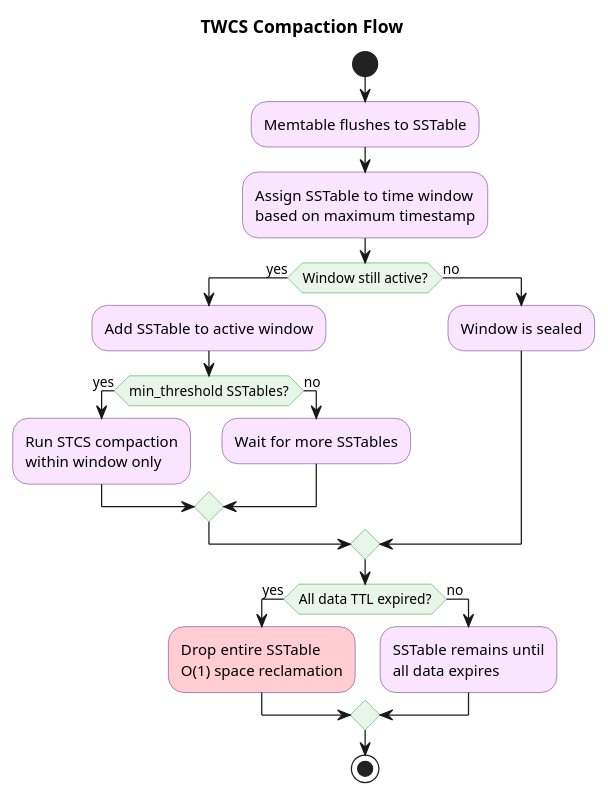
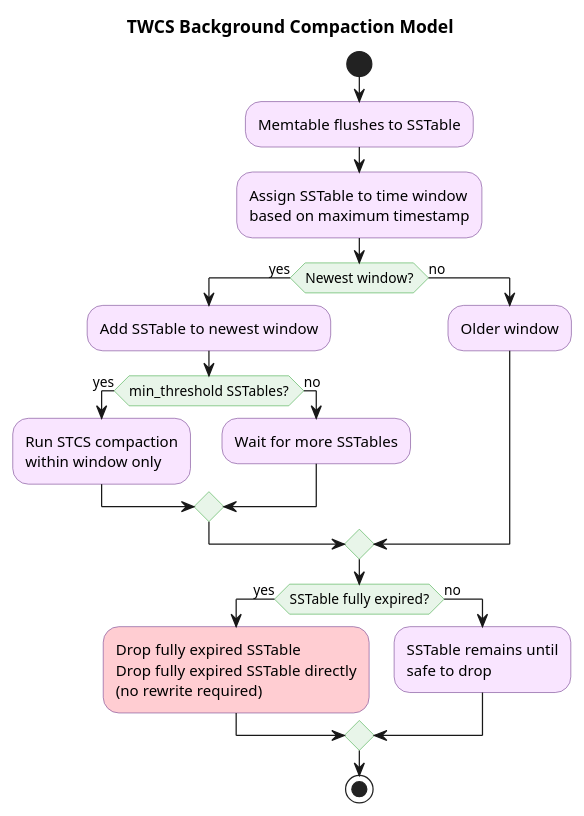
Before and after one commit to axonops/documentation: the third of 8 diagrams in docs/data-platforms/cassandra/architecture/storage-engine/compaction/twcs.md, drawn with PlantUML. The commit also changed other lines of this file and 3 other files, not shown here.

First line of the commit message:
Source-validate compaction strategy docs (UCS, TWCS, LCS, STCS)

````diff
--- a/docs/data-platforms/cassandra/architecture/storage-engine/compaction/twcs.md
+++ b/docs/data-platforms/cassandra/architecture/storage-engine/compaction/twcs.md
@@ -339,40 +337,41 @@
 ```plantuml
 @startuml
-skinparam backgroundColor transparent
-title TWCS Compaction Flow
+skinparam backgroundColor white
+title TWCS Background Compaction Model
 
 skinparam ActivityBackgroundColor #F9E5FF
 skinparam ActivityBorderColor #7B4B96
 skinparam ActivityDiamondBackgroundColor #E8F5E9
 skinparam ActivityDiamondBorderColor #4CAF50
 
 start
 
 :Memtable flushes to SSTable;
 
 :Assign SSTable to time window
 based on maximum timestamp;
 
-if (Window still active?) then (yes)
-    :Add SSTable to active window;
+if (Newest window?) then (yes)
+    :Add SSTable to newest window;
     if (min_threshold SSTables?) then (yes)
         :Run STCS compaction
         within window only;
     else (no)
         :Wait for more SSTables;
     endif
 else (no)
-    :Window is sealed;
+    :Older window;
 endif
 
-if (All data TTL expired?) then (yes)
-    #FFCDD2:Drop entire SSTable
-    O(1) space reclamation;
+if (SSTable fully expired?) then (yes)
+    #FFCDD2:Drop fully expired SSTable
+    Drop fully expired SSTable directly
+    (no rewrite required);
 else (no)
     :SSTable remains until
-    all data expires;
+    safe to drop;
 endif
 
 stop
 @enduml
 ```
````
